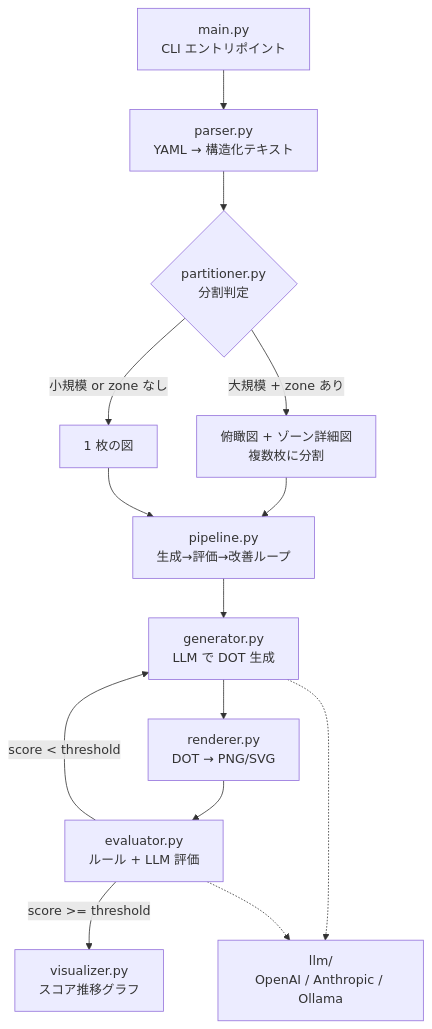
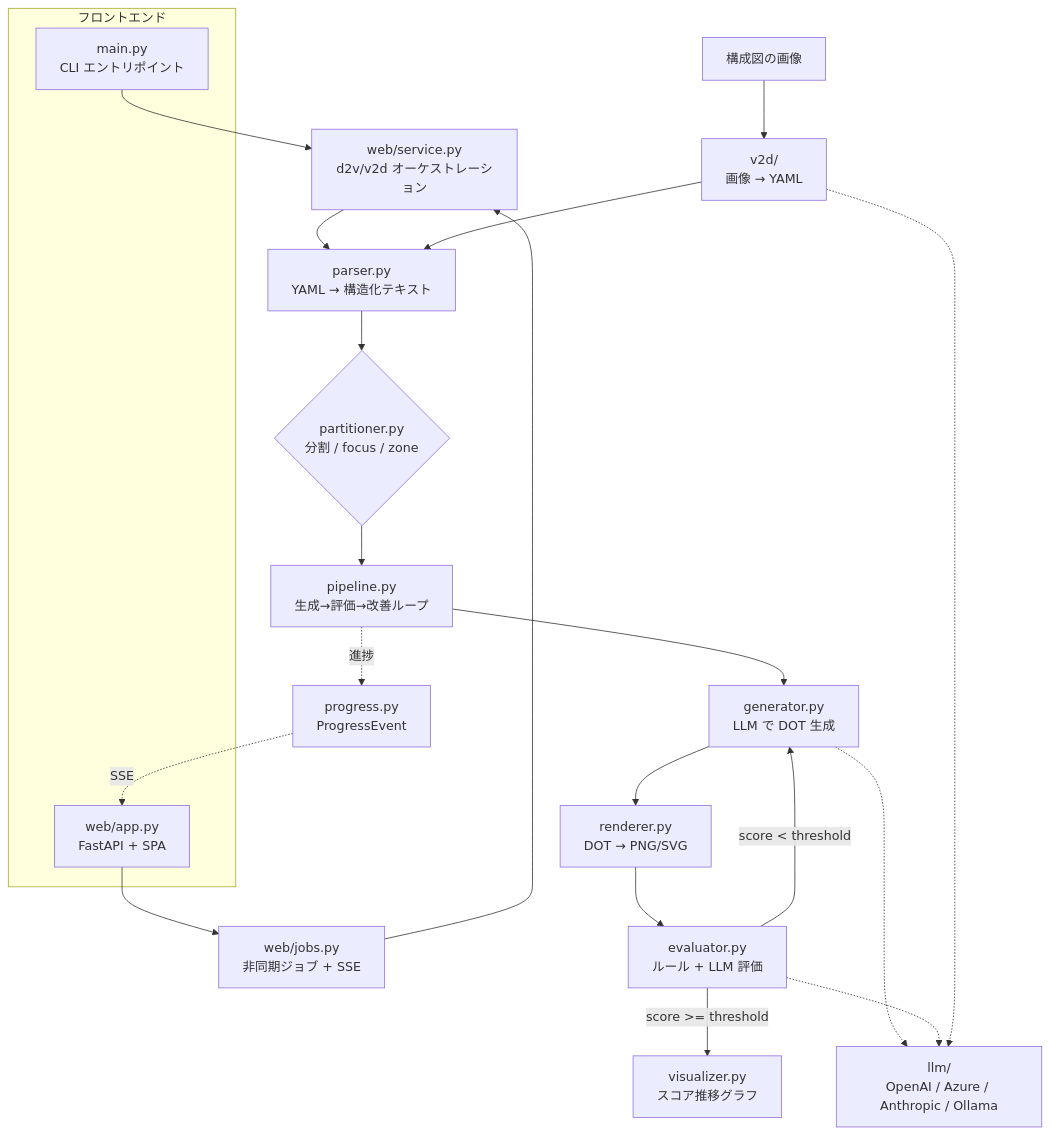
One commit to takamitsu-iida/d2v changed the diagram in README.src.md. Above: the diagram before and after it, drawn with Mermaid. The commit also changed other lines of this file, not shown here.

````diff
--- a/README.src.md
+++ b/README.src.md
@@ -12,16 +18,25 @@
 ```mermaid
 flowchart TD
-    A[main.py<br/>CLI エントリポイント] --> B[parser.py<br/>YAML → 構造化テキスト]
-    B --> C{partitioner.py<br/>分割判定}
-    C -->|大規模 + zone あり| D[俯瞰図 + ゾーン詳細図<br/>複数枚に分割]
-    C -->|小規模 or zone なし| E[1 枚の図]
-    D --> F[pipeline.py<br/>生成→評価→改善ループ]
-    E --> F
+    subgraph FE[フロントエンド]
+        CLI[main.py<br/>CLI エントリポイント]
+        WEB[web/app.py<br/>FastAPI + SPA]
+    end
+    CLI --> SVC[web/service.py<br/>d2v/v2d オーケストレーション]
+    WEB --> JOBS[web/jobs.py<br/>非同期ジョブ + SSE]
+    JOBS --> SVC
+    SVC --> B[parser.py<br/>YAML → 構造化テキスト]
+    B --> C{partitioner.py<br/>分割 / focus / zone}
+    C --> F[pipeline.py<br/>生成→評価→改善ループ]
     F --> G[generator.py<br/>LLM で DOT 生成]
     G --> H[renderer.py<br/>DOT → PNG/SVG]
     H --> I[evaluator.py<br/>ルール + LLM 評価]
     I -->|score < threshold| G
     I -->|score >= threshold| J[visualizer.py<br/>スコア推移グラフ]
-    G -.-> K[llm/<br/>OpenAI / Anthropic / Ollama]
+    F -.進捗.-> PROG[progress.py<br/>ProgressEvent]
+    PROG -.SSE.-> WEB
+    G -.-> K[llm/<br/>OpenAI / Azure / Anthropic / Ollama]
     I -.-> K
+    IMG[構成図の画像] --> V2D[v2d/<br/>画像 → YAML]
+    V2D -.-> K
+    V2D --> B
 ```
````
